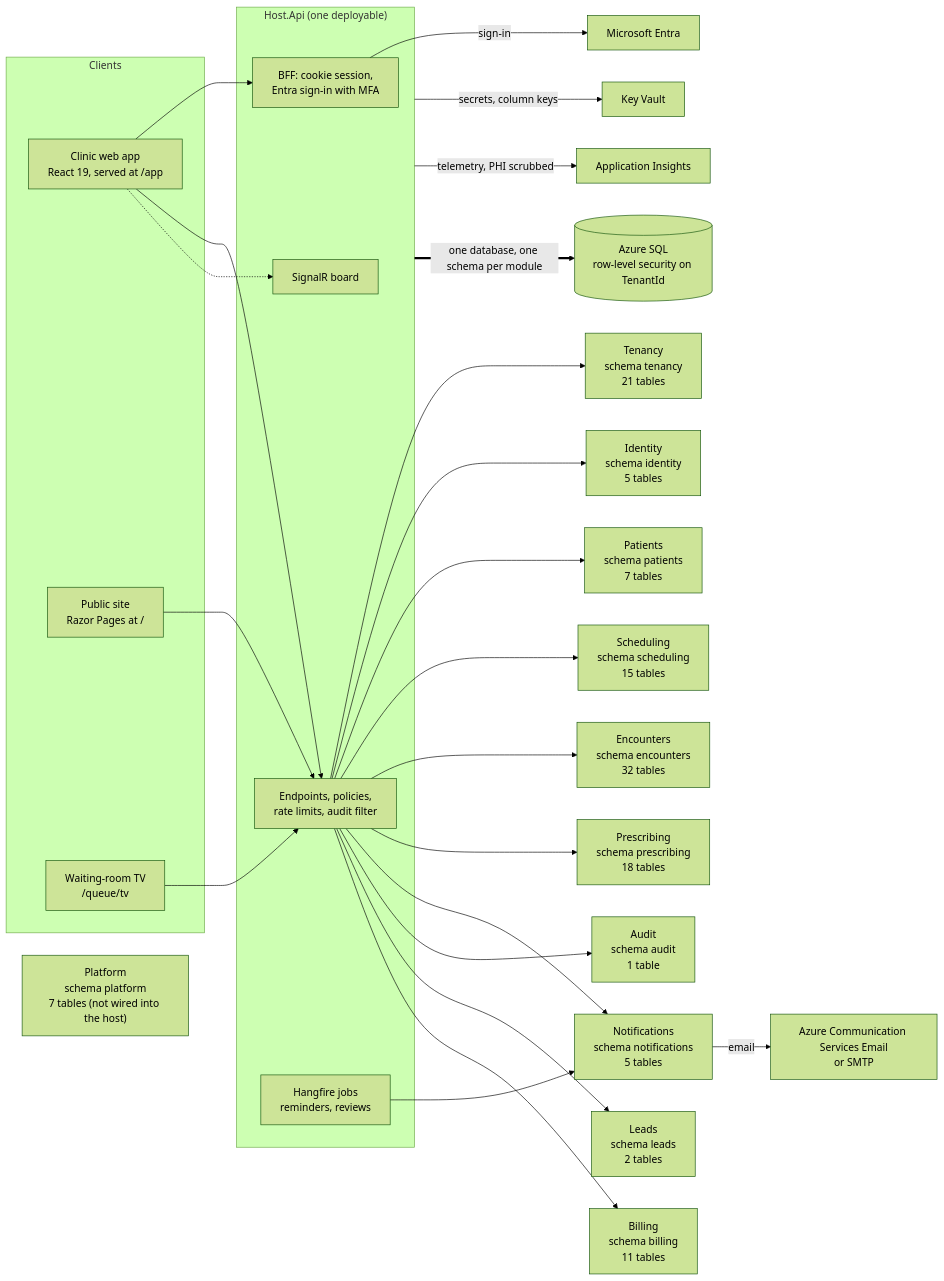
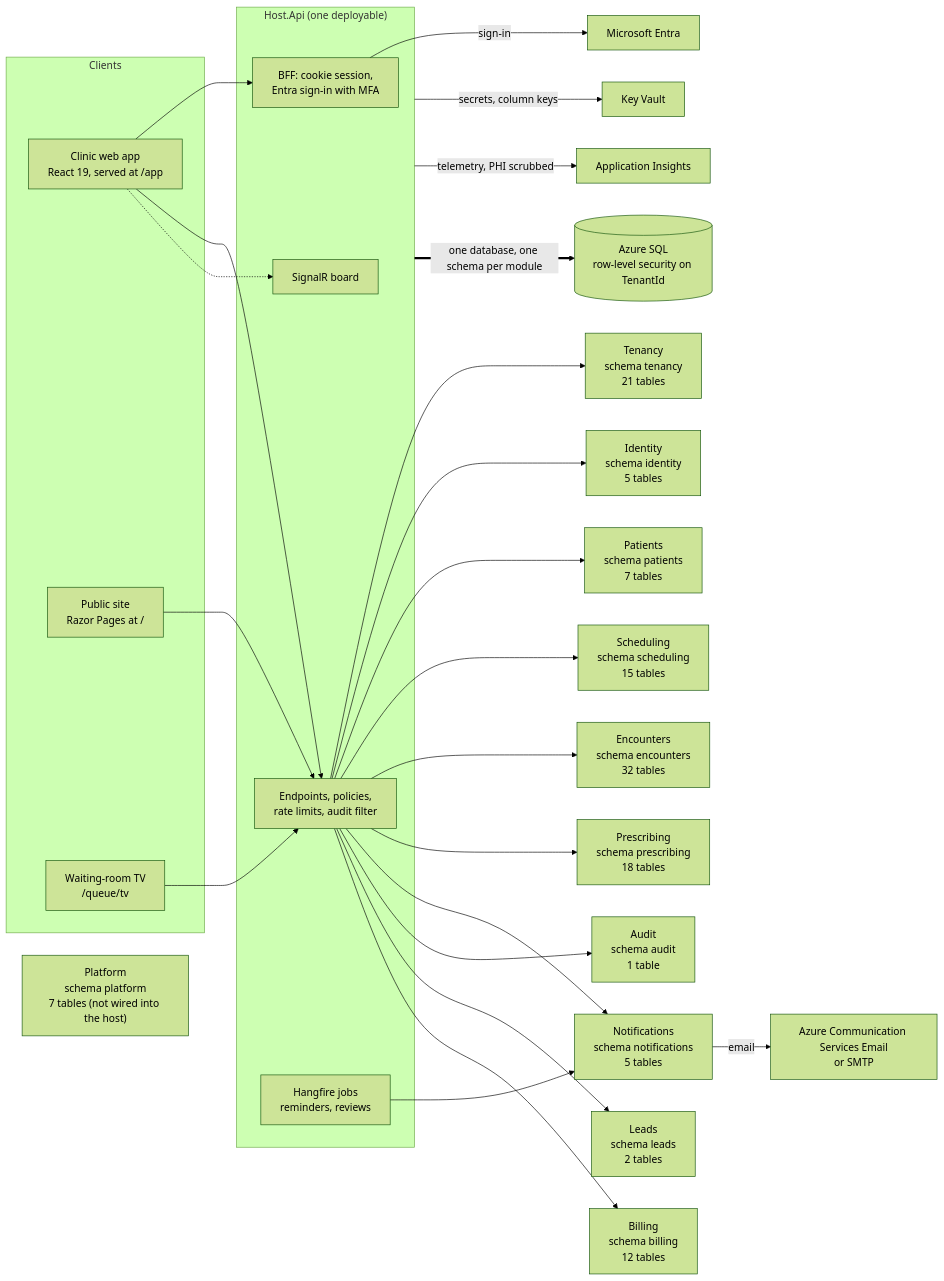
The first of 14 diagrams in docs/03-architecture/erd.md (ALFRED-LUCIFER/medvya), drawn with Mermaid (forest theme) before and after one commit. The commit also changed other lines of this file and 46 other files, not shown here.

````diff
--- a/docs/03-architecture/erd.md
+++ b/docs/03-architecture/erd.md
@@ -15,36 +15,36 @@
 ```mermaid
 flowchart LR
   subgraph Clients
     web["Clinic web app<br/>React 19, served at /app"]
     site["Public site<br/>Razor Pages at /"]
     tv["Waiting-room TV<br/>/queue/tv"]
   end
   subgraph Host["Host.Api (one deployable)"]
     bff["BFF: cookie session,<br/>Entra sign-in with MFA"]
     api["Endpoints, policies,<br/>rate limits, audit filter"]
     hub["SignalR board"]
     jobs["Hangfire jobs<br/>reminders, reviews"]
   end
   web --> bff
   web --> api
   web -.-> hub
   tv --> api
   site --> api
   api --> Tenancy["Tenancy<br/>schema tenancy<br/>21 tables"]
   api --> Identity["Identity<br/>schema identity<br/>5 tables"]
   api --> Patients["Patients<br/>schema patients<br/>7 tables"]
   api --> Scheduling["Scheduling<br/>schema scheduling<br/>15 tables"]
   api --> Encounters["Encounters<br/>schema encounters<br/>32 tables"]
   api --> Prescribing["Prescribing<br/>schema prescribing<br/>18 tables"]
   api --> Notifications["Notifications<br/>schema notifications<br/>5 tables"]
   api --> Audit["Audit<br/>schema audit<br/>1 table"]
   api --> Leads["Leads<br/>schema leads<br/>2 tables"]
-  api --> Billing["Billing<br/>schema billing<br/>11 tables"]
+  api --> Billing["Billing<br/>schema billing<br/>12 tables"]
   Platform["Platform<br/>schema platform<br/>7 tables (not wired into the host)"]
   jobs --> Notifications
   bff -->|"sign-in"| entra["Microsoft Entra"]
   Notifications -->|"email"| mail["Azure Communication Services Email<br/>or SMTP"]
   Host -->|"secrets, column keys"| kv["Key Vault"]
   Host -->|"telemetry, PHI scrubbed"| ai["Application Insights"]
   Host ==>|"one database, one schema per module"| sql[("Azure SQL<br/>row-level security on TenantId")]
 ```
````
